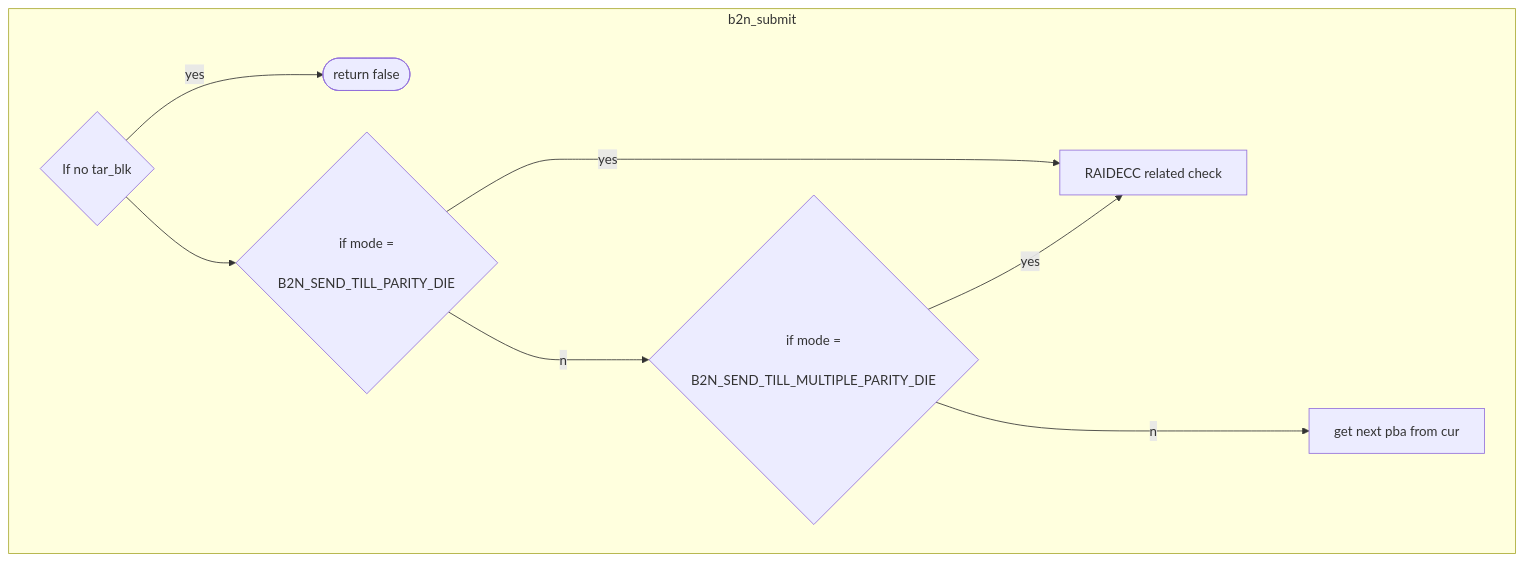
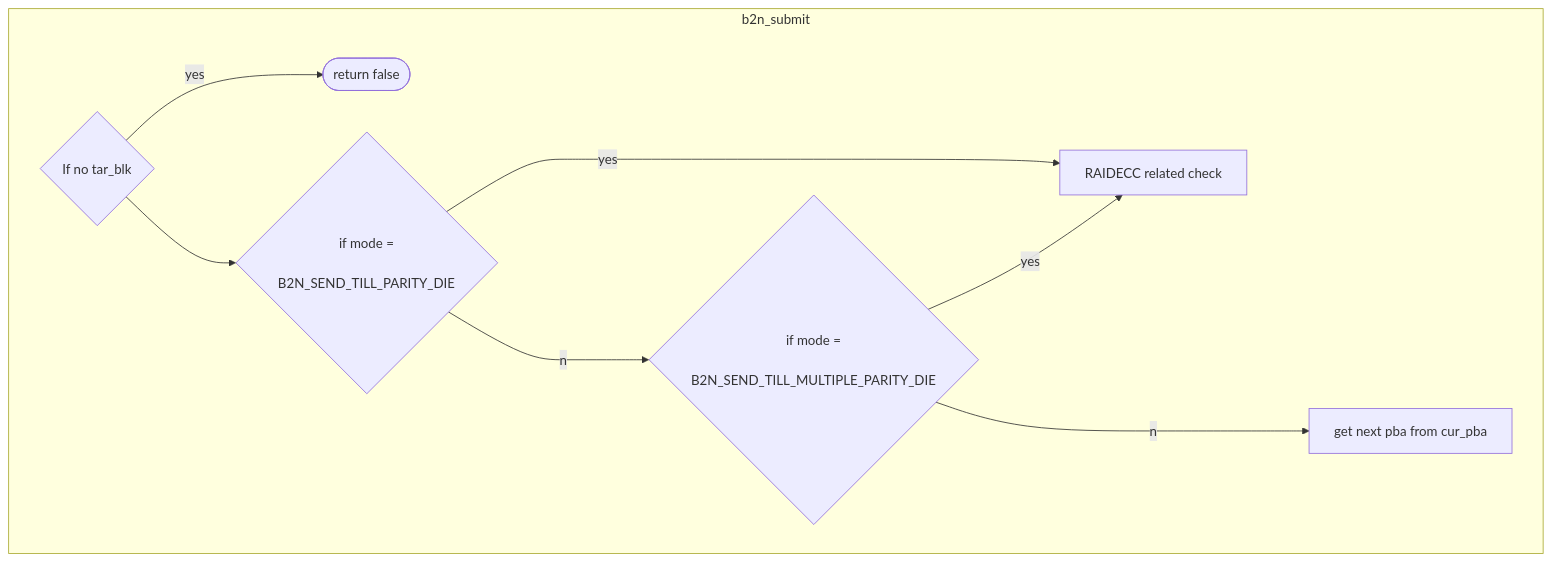
One commit to jenny112646/iodraw-files changed the diagram in all/未命名-2.md. Above: the diagram before and after it, drawn with Mermaid.

Commit message:
2024-06-07 10:53:54 update

````diff
--- a/all/未命名-2.md
+++ b/all/未命名-2.md
@@ -1,13 +1,14 @@
 ```mermaid
 flowchart TD
 subgraph b2n_submit
+
     c1{"If no tar_blk"} --yes--> c2([return false])
     c1 --> c3{"if mode =
     B2N_SEND_TILL_PARITY_DIE"}
     c3 --yes--> c4["RAIDECC related check"]
     c3 --no--> c5{"if mode =
     B2N_SEND_TILL_MULTIPLE_PARITY_DIE"}
     c5 --yes--> c4["RAIDECC related check"]
-    c5 --no--> c6["get next pba from cur"]
+    c5 --no--> c6["get next pba from cur_pba"]
 end
 ```
````
